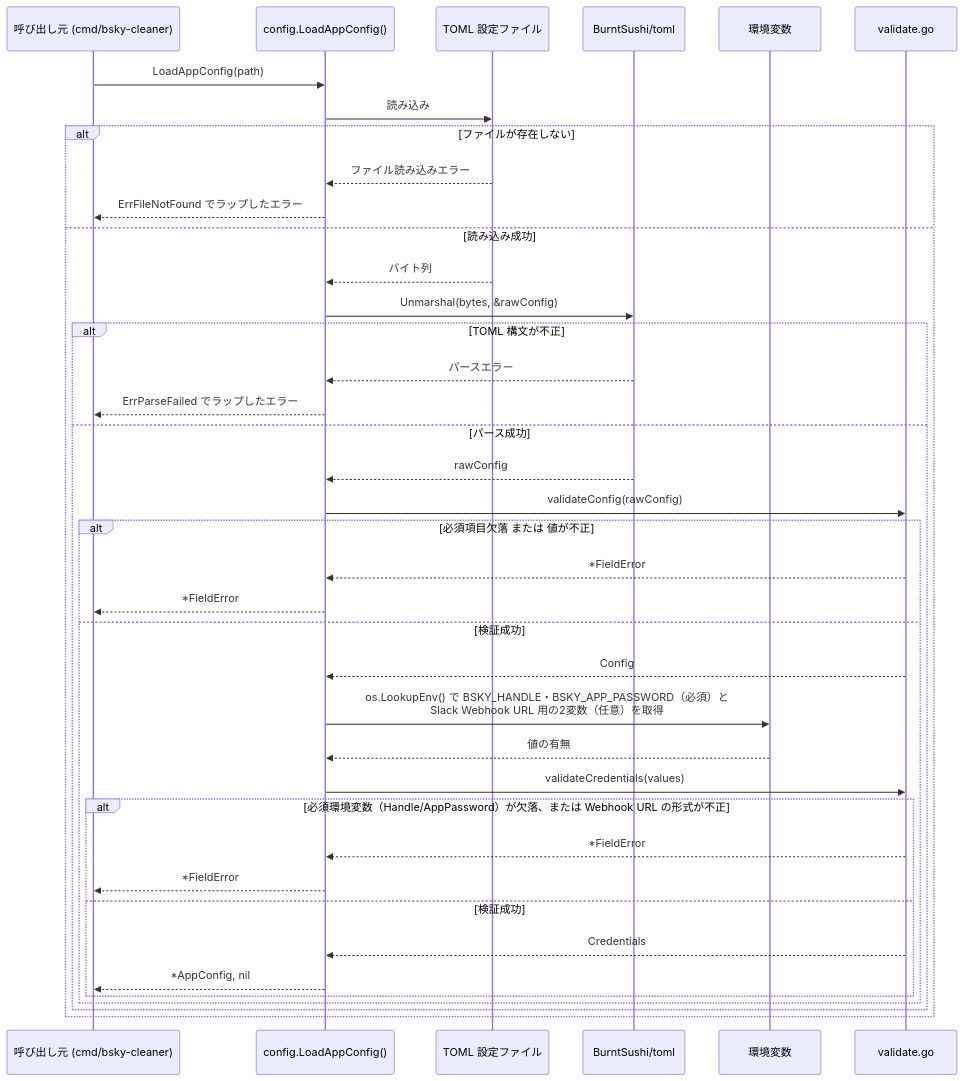
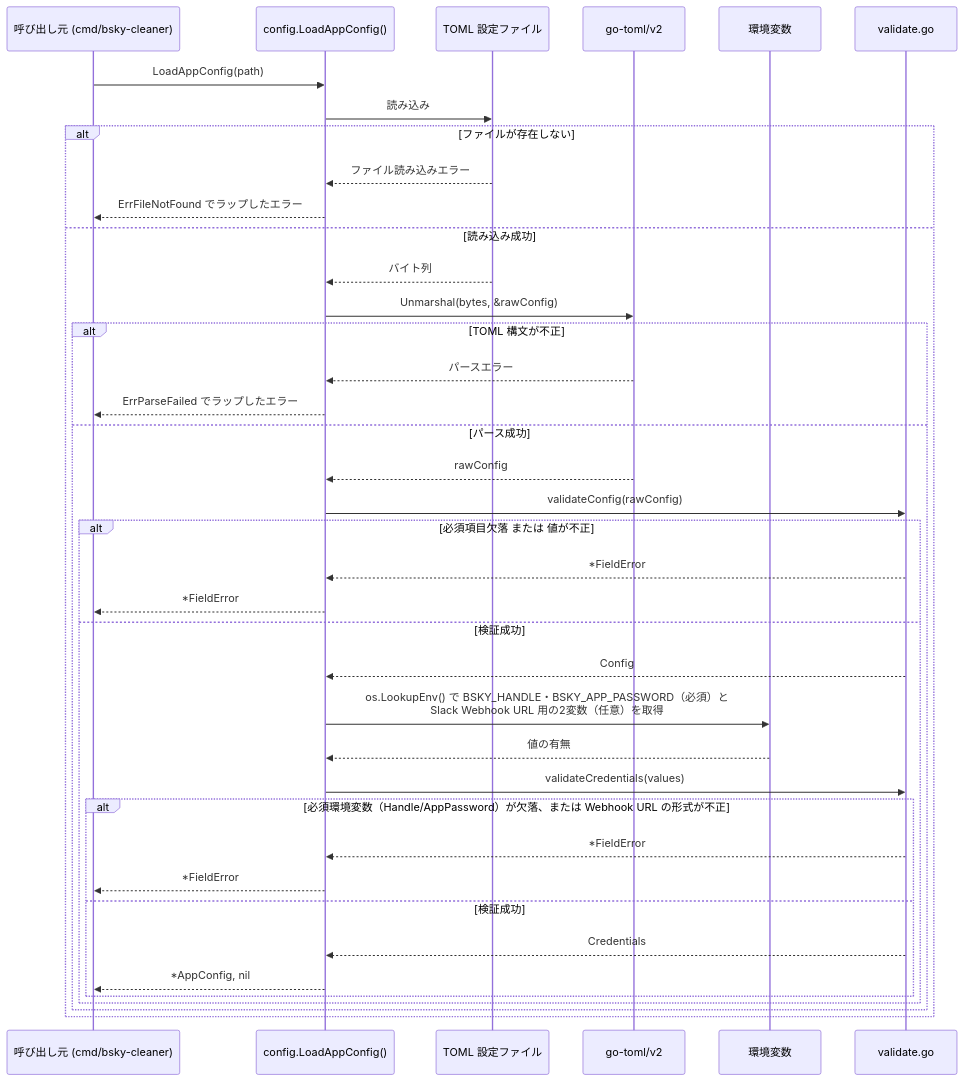
One commit to isseis/bsky-cleaner changed the third of 5 diagrams in docs/tasks/0001_config/02_architecture.md. Above: the diagram before and after it, drawn with Mermaid. The commit also changed other lines of this file and 1 other file, not shown here.

First line of the commit message:
docs(0001): switch TOML library from BurntSushi/toml to go-toml/v2

````diff
--- a/docs/tasks/0001_config/02_architecture.md
+++ b/docs/tasks/0001_config/02_architecture.md
@@ -91,42 +95,42 @@
 ```mermaid
 sequenceDiagram
     participant M as 呼び出し元 (cmd/bsky-cleaner)
     participant L as config.LoadAppConfig()
     participant F as TOML 設定ファイル
-    participant T as BurntSushi/toml
+    participant T as go-toml/v2
     participant E as 環境変数
     participant V as validate.go
 
     M->>L: LoadAppConfig(path)
     L->>F: 読み込み
     alt ファイルが存在しない
         F-->>L: ファイル読み込みエラー
         L-->>M: ErrFileNotFound でラップしたエラー
     else 読み込み成功
         F-->>L: バイト列
         L->>T: Unmarshal(bytes, &rawConfig)
         alt TOML 構文が不正
             T-->>L: パースエラー
             L-->>M: ErrParseFailed でラップしたエラー
         else パース成功
             T-->>L: rawConfig
             L->>V: validateConfig(rawConfig)
             alt 必須項目欠落 または 値が不正
                 V-->>L: *FieldError
                 L-->>M: *FieldError
             else 検証成功
                 V-->>L: Config
                 L->>E: os.LookupEnv() で BSKY_HANDLE・BSKY_APP_PASSWORD（必須）と<br>Slack Webhook URL 用の2変数（任意）を取得
                 E-->>L: 値の有無
                 L->>V: validateCredentials(values)
                 alt 必須環境変数（Handle/AppPassword）が欠落、または Webhook URL の形式が不正
                     V-->>L: *FieldError
                     L-->>M: *FieldError
                 else 検証成功
                     V-->>L: Credentials
                     L-->>M: *AppConfig, nil
                 end
             end
         end
     end
 ```
````
